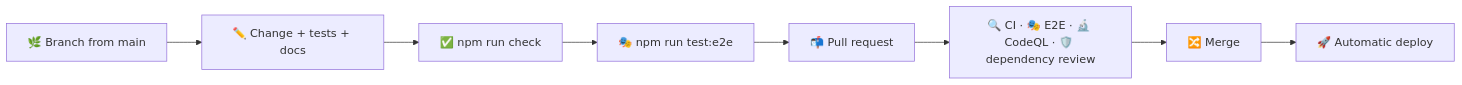
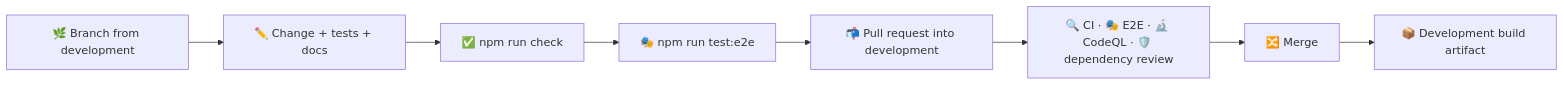
The diagram in docs/contributing.md (sacrificed666/react-todo-app), drawn with Mermaid before and after one commit. The commit also changed other lines of this file and 72 other files, not shown here.

````diff
--- a/docs/contributing.md
+++ b/docs/contributing.md
@@ -5,10 +5,10 @@
 ```mermaid
 flowchart LR
-  Branch[🌿 Branch from main] --> Code[✏️ Change + tests + docs]
+  Branch[🌿 Branch from development] --> Code[✏️ Change + tests + docs]
   Code --> Check[✅ npm run check]
   Check --> E2E[🎭 npm run test:e2e]
-  E2E --> PR[📬 Pull request]
+  E2E --> PR[📬 Pull request into development]
   PR --> CI[🔍 CI · 🎭 E2E · 🔬 CodeQL · 🛡️ dependency review]
   CI --> Merge[🔀 Merge]
-  Merge --> Deploy[🚀 Automatic deploy]
+  Merge --> Build[📦 Development build artifact]
 ```
````
